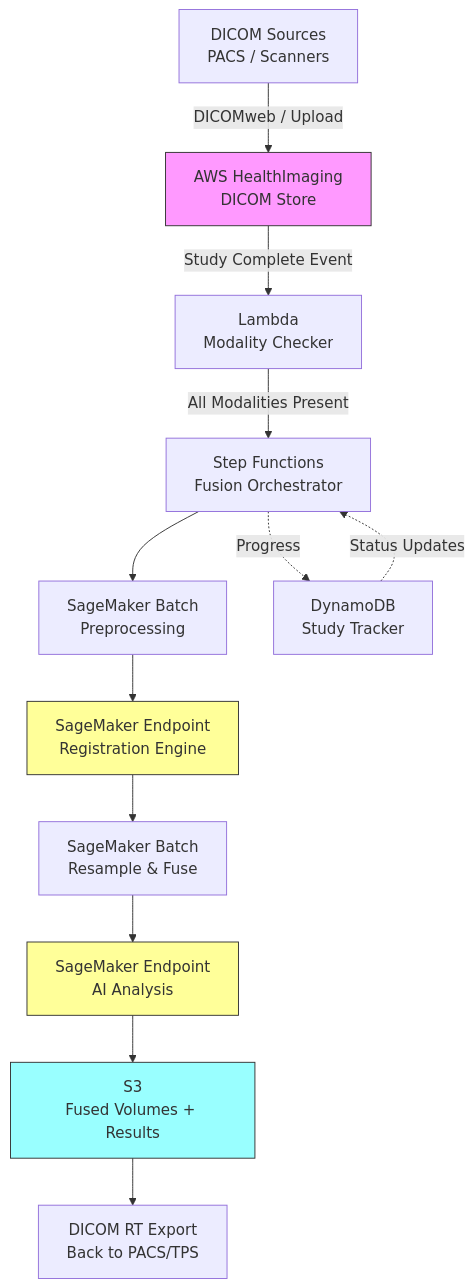
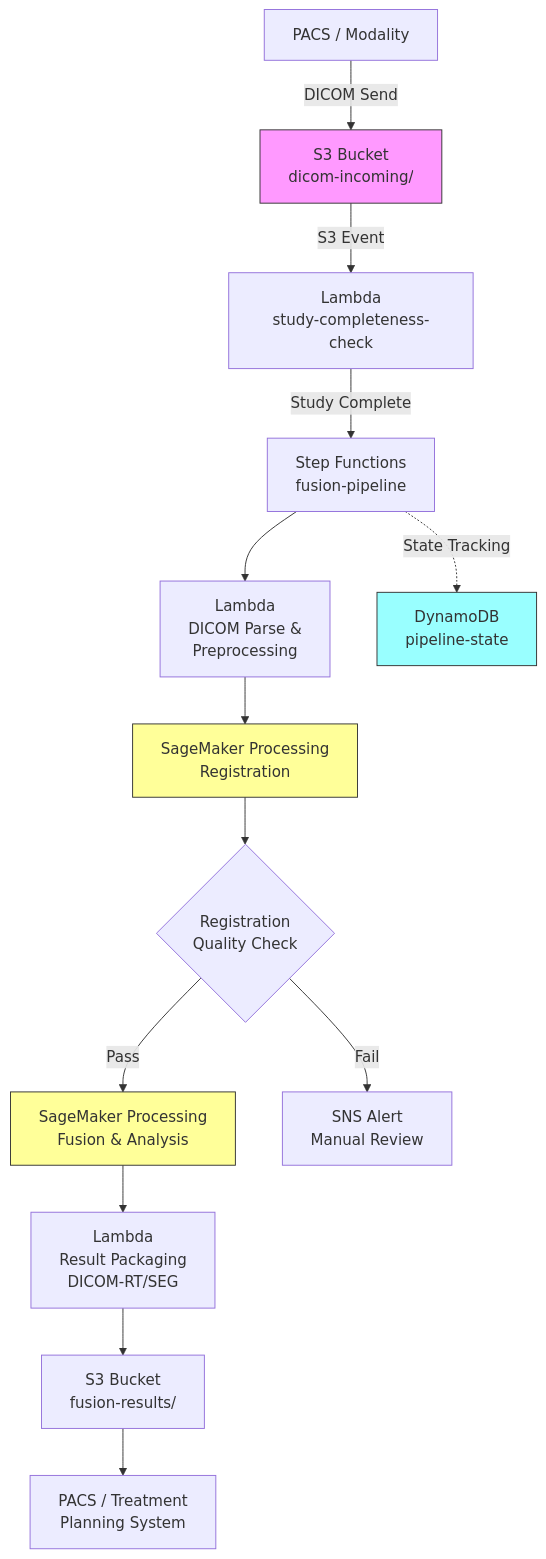
Before and after one commit to ccrngd1/HCLS-ai-book: the diagram in chapter09.10-multi-modal-imaging-fusion.md, drawn with Mermaid. The commit also changed other lines of this file and 4 other files, not shown here.

Commit message:
ralph: iter=1326 task=ch09-r10-draft persona=TechWriter outcome=fail batch=batch-1780557920720-000051-0bccf5adc90c05f6

````diff
--- a/chapter09.10-multi-modal-imaging-fusion.md
+++ b/chapter09.10-multi-modal-imaging-fusion.md
@@ -106,22 +123,22 @@
 ```mermaid
 flowchart TD
-    A[DICOM Sources\nPACS / Scanners] -->|DICOMweb / Upload| B[AWS HealthImaging\nDICOM Store]
-    B -->|Study Complete Event| C[Lambda\nModality Checker]
-    C -->|All Modalities Present| D[Step Functions\nFusion Orchestrator]
+    A[PACS / Modality] -->|DICOM Send| B[S3 Bucket\ndicom-incoming/]
+    B -->|S3 Event| C[Lambda\nstudy-completeness-check]
+    C -->|Study Complete| D[Step Functions\nfusion-pipeline]
     
-    D --> E[SageMaker Batch\nPreprocessing]
-    E --> F[SageMaker Endpoint\nRegistration Engine]
-    F --> G[SageMaker Batch\nResample & Fuse]
-    G --> H[SageMaker Endpoint\nAI Analysis]
+    D --> E[Lambda\nDICOM Parse &\nPreprocessing]
+    E --> F[SageMaker Processing\nRegistration]
+    F --> G{Registration\nQuality Check}
+    G -->|Pass| H[SageMaker Processing\nFusion & Analysis]
+    G -->|Fail| I[SNS Alert\nManual Review]
+    H --> J[Lambda\nResult Packaging\nDICOM-RT/SEG]
+    J --> K[S3 Bucket\nfusion-results/]
+    K --> L[PACS / Treatment\nPlanning System]
     
-    H --> I[S3\nFused Volumes + Results]
-    I --> J[DICOM RT Export\nBack to PACS/TPS]
+    D -.->|State Tracking| M[DynamoDB\npipeline-state]
     
-    K[DynamoDB\nStudy Tracker] -.->|Status Updates| D
-    D -.->|Progress| K
-
     style B fill:#f9f,stroke:#333
     style F fill:#ff9,stroke:#333
     style H fill:#ff9,stroke:#333
-    style I fill:#9ff,stroke:#333
+    style M fill:#9ff,stroke:#333
 ```
````
